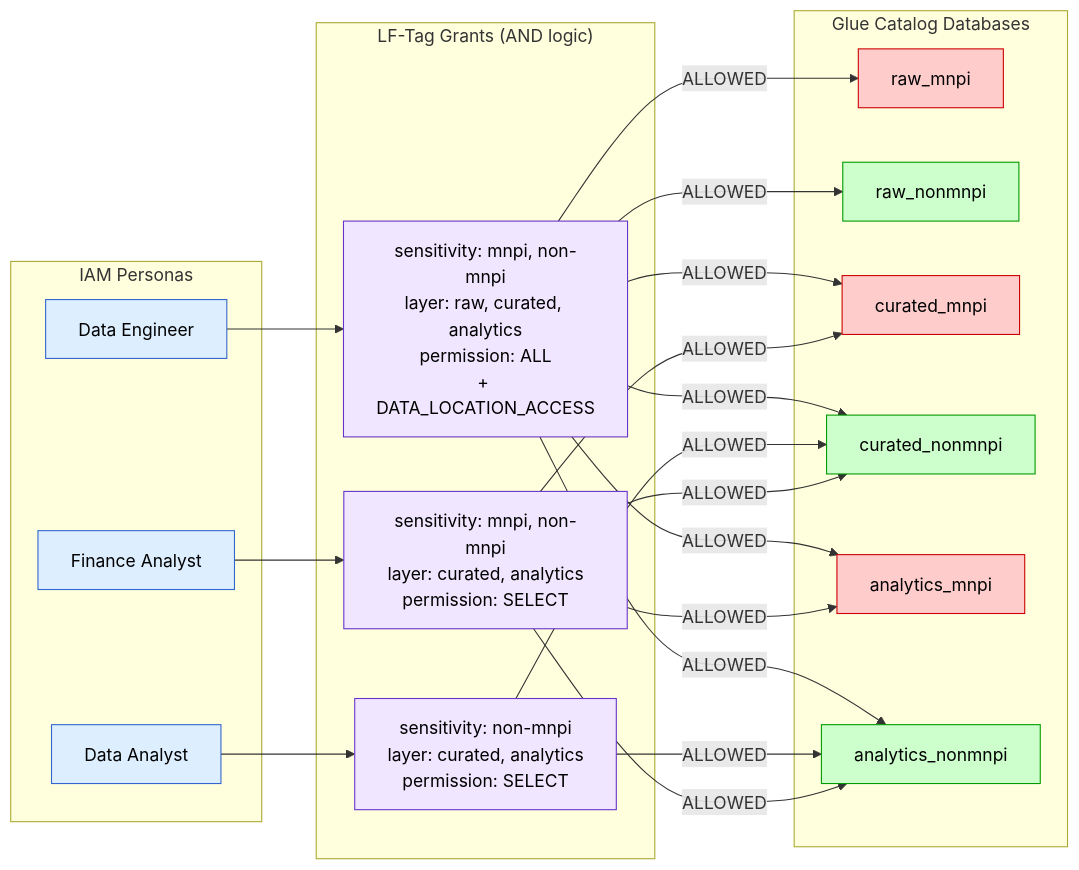
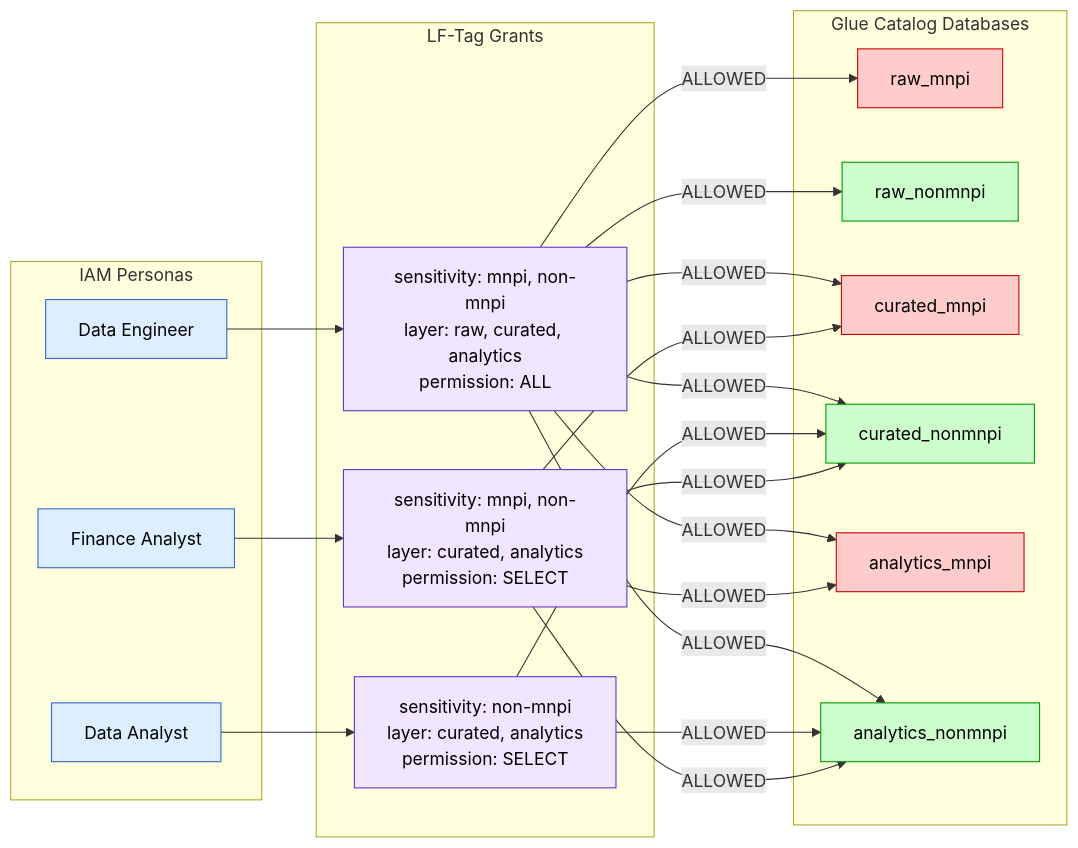
One commit to JediNight/data-lake-platform changed the third of 5 diagrams in docs/architecture-diagram.md. Above: the diagram before and after it, drawn with Mermaid. The commit also changed other lines of this file, not shown here.

First line of the commit message:
fix: resolve Mermaid syntax errors for v8.8.0 compatibility

````diff
--- a/docs/architecture-diagram.md
+++ b/docs/architecture-diagram.md
@@ -222,52 +203,52 @@
 ```mermaid
 flowchart LR
     subgraph PERSONAS["IAM Personas"]
         FIN["Finance Analyst"]
         DA["Data Analyst"]
         DE["Data Engineer"]
     end
 
-    subgraph LFTAG_GRANTS["LF-Tag Grants (AND logic)"]
+    subgraph LFTAG_GRANTS["LF-Tag Grants"]
         G_FIN["sensitivity: mnpi, non-mnpi\nlayer: curated, analytics\npermission: SELECT"]
         G_DA["sensitivity: non-mnpi\nlayer: curated, analytics\npermission: SELECT"]
-        G_DE["sensitivity: mnpi, non-mnpi\nlayer: raw, curated, analytics\npermission: ALL\n+ DATA_LOCATION_ACCESS"]
+        G_DE["sensitivity: mnpi, non-mnpi\nlayer: raw, curated, analytics\npermission: ALL"]
     end
 
     subgraph DATABASES["Glue Catalog Databases"]
         DB_RM["raw_mnpi"]
         DB_RN["raw_nonmnpi"]
         DB_CM["curated_mnpi"]
         DB_CN["curated_nonmnpi"]
         DB_AM["analytics_mnpi"]
         DB_AN["analytics_nonmnpi"]
     end
 
     FIN --> G_FIN
     DA --> G_DA
     DE --> G_DE
 
     G_FIN -->|"ALLOWED"| DB_CM
     G_FIN -->|"ALLOWED"| DB_CN
     G_FIN -->|"ALLOWED"| DB_AM
     G_FIN -->|"ALLOWED"| DB_AN
 
     G_DA -->|"ALLOWED"| DB_CN
     G_DA -->|"ALLOWED"| DB_AN
 
     G_DE -->|"ALLOWED"| DB_RM
     G_DE -->|"ALLOWED"| DB_RN
     G_DE -->|"ALLOWED"| DB_CM
     G_DE -->|"ALLOWED"| DB_CN
     G_DE -->|"ALLOWED"| DB_AM
     G_DE -->|"ALLOWED"| DB_AN
 
     classDef mnpi fill:#ffcccc,stroke:#cc0000,color:#000
     classDef nonmnpi fill:#ccffcc,stroke:#009900,color:#000
     classDef persona fill:#ddeeff,stroke:#3366cc,color:#000
     classDef grant fill:#f0e6ff,stroke:#6633cc,color:#000
 
     class DB_RM,DB_CM,DB_AM mnpi
     class DB_RN,DB_CN,DB_AN nonmnpi
     class FIN,DA,DE persona
     class G_FIN,G_DA,G_DE grant
 ```
````
